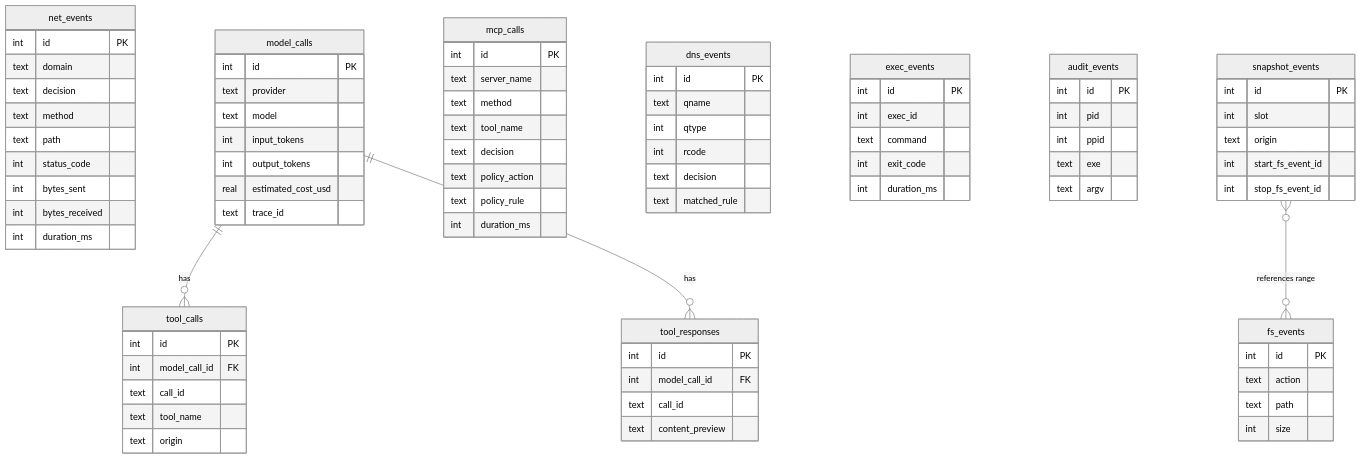
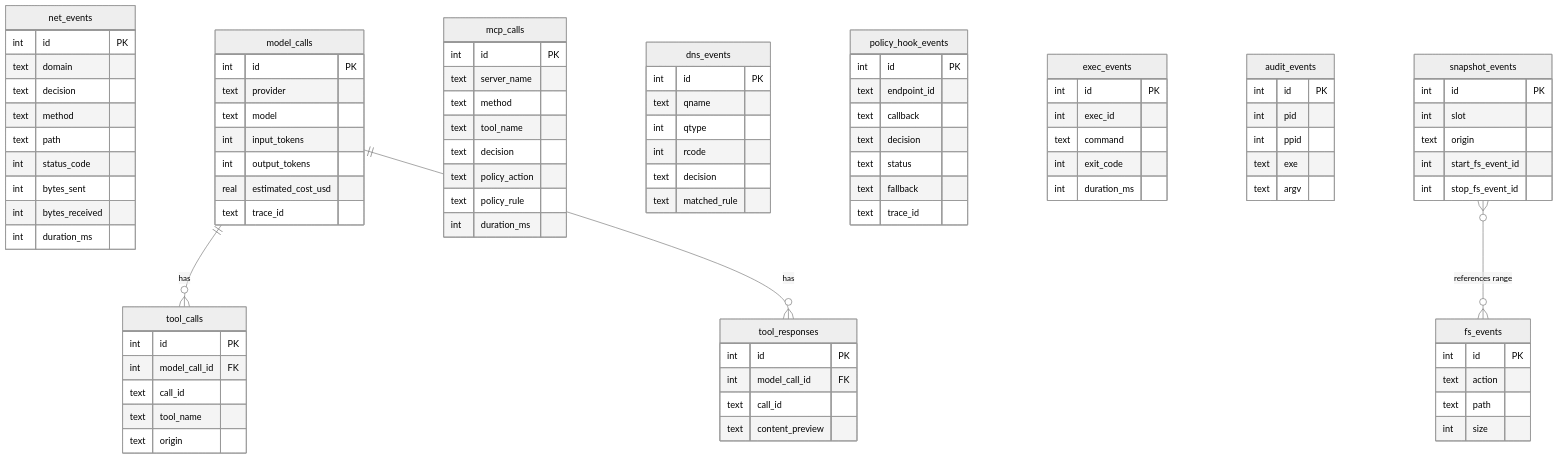
One commit to google/capsem changed the first of 3 diagrams in docs/src/content/docs/architecture/session-telemetry.md. Above: the diagram before and after it, drawn with Mermaid (neutral theme). The commit also changed other lines of this file and 194 other files, not shown here.

```diff
--- a/docs/src/content/docs/architecture/session-telemetry.md
+++ b/docs/src/content/docs/architecture/session-telemetry.md
@@ -62,6 +62,15 @@
         text decision
         text matched_rule
     }
+    policy_hook_events {
+        int id PK
+        text endpoint_id
+        text callback
+        text decision
+        text status
+        text fallback
+        text trace_id
+    }
     exec_events {
         int id PK
         int exec_id
```
